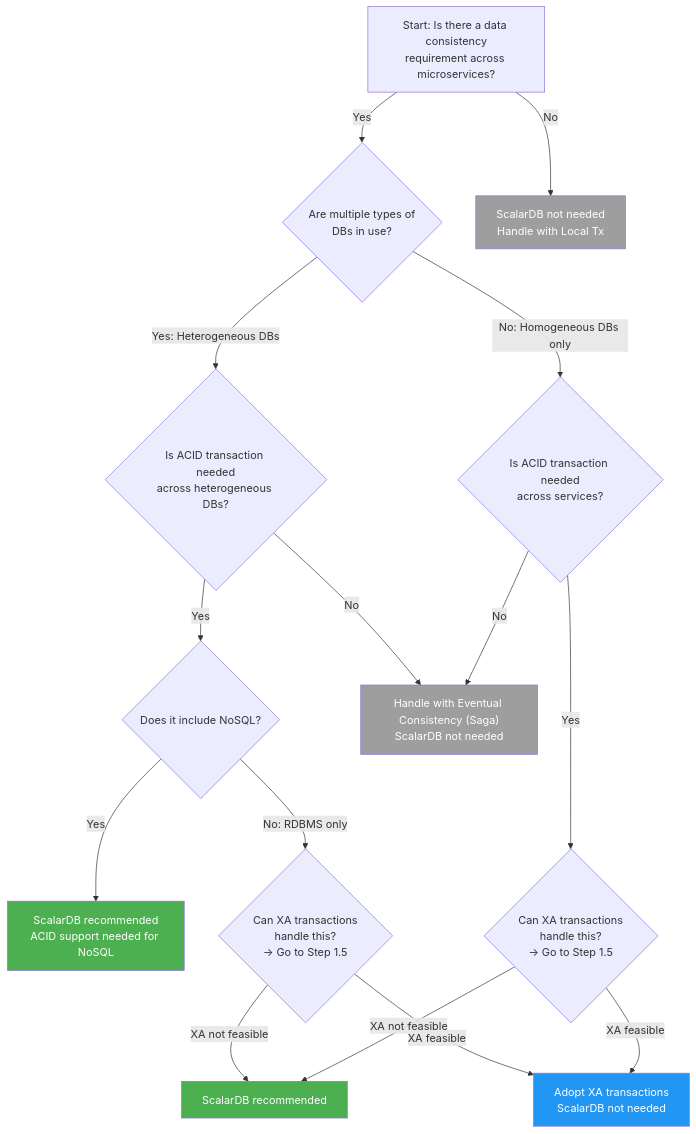
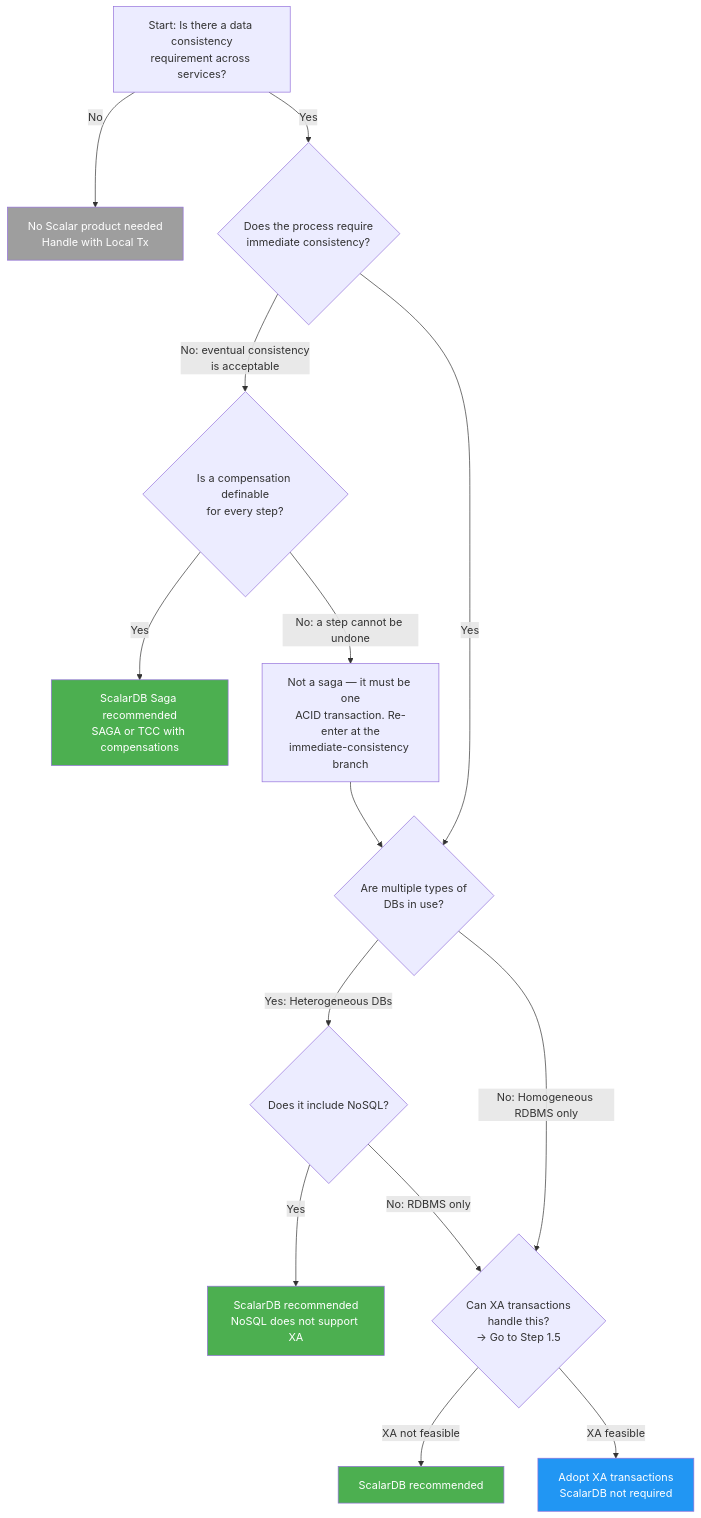
One commit to wfukatsu/nexus-architect changed the first of 2 diagrams in workflow/greenfield/01_requirements_analysis.md. Above: the diagram before and after it, drawn with Mermaid. The commit also changed other lines of this file and 8 other files, not shown here.

First line of the commit message:
fix: route eventual consistency to ScalarDB Saga in the adoption decision logic

````diff
--- a/workflow/greenfield/01_requirements_analysis.md
+++ b/workflow/greenfield/01_requirements_analysis.md
@@ -95,29 +98,27 @@
 ```mermaid
 flowchart TD
-    A["Start: Is there a data consistency<br/>requirement across microservices?"] -->|Yes| B{"Are multiple types of<br/>DBs in use?"}
-    A -->|No| Z1["ScalarDB not needed<br/>Handle with Local Tx"]
+    A["Start: Is there a data consistency<br/>requirement across services?"] -->|No| Z1["No Scalar product needed<br/>Handle with Local Tx"]
+    A -->|Yes| B{"Does the process require<br/>immediate consistency?"}
 
-    B -->|"Yes: Heterogeneous DBs"| C{"Is ACID transaction needed<br/>across heterogeneous DBs?"}
-    B -->|"No: Homogeneous DBs only"| D{"Is ACID transaction needed<br/>across services?"}
+    B -->|"No: eventual consistency<br/>is acceptable"| S1{"Is a compensation definable<br/>for every step?"}
+    B -->|Yes| C{"Are multiple types of<br/>DBs in use?"}
 
-    C -->|Yes| E{"Does it include NoSQL?"}
-    C -->|No| F["Handle with Eventual Consistency (Saga)<br/>ScalarDB not needed"]
+    S1 -->|Yes| SAGA["ScalarDB Saga recommended<br/>SAGA or TCC with compensations"]
+    S1 -->|"No: a step cannot be undone"| B2["Not a saga — it must be one<br/>ACID transaction. Re-enter at the<br/>immediate-consistency branch"]
+    B2 --> C
 
-    E -->|Yes| G["ScalarDB recommended<br/>ACID support needed for NoSQL"]
-    E -->|"No: RDBMS only"| H{"Can XA transactions<br/>handle this?<br/>→ Go to Step 1.5"}
+    C -->|"Yes: Heterogeneous DBs"| D{"Does it include NoSQL?"}
+    C -->|"No: Homogeneous RDBMS only"| H{"Can XA transactions<br/>handle this?<br/>→ Go to Step 1.5"}
 
-    D -->|Yes| I{"Can XA transactions<br/>handle this?<br/>→ Go to Step 1.5"}
-    D -->|No| F
+    D -->|Yes| G["ScalarDB recommended<br/>NoSQL does not support XA"]
+    D -->|"No: RDBMS only"| H
 
     H -->|"XA not feasible"| J["ScalarDB recommended"]
-    H -->|"XA feasible"| K["Adopt XA transactions<br/>ScalarDB not needed"]
-
-    I -->|"XA not feasible"| J
-    I -->|"XA feasible"| K
+    H -->|"XA feasible"| K["Adopt XA transactions<br/>ScalarDB not required"]
 
     style G fill:#4CAF50,color:#fff
     style J fill:#4CAF50,color:#fff
+    style SAGA fill:#4CAF50,color:#fff
     style K fill:#2196F3,color:#fff
     style Z1 fill:#9E9E9E,color:#fff
-    style F fill:#9E9E9E,color:#fff
 ```
````
